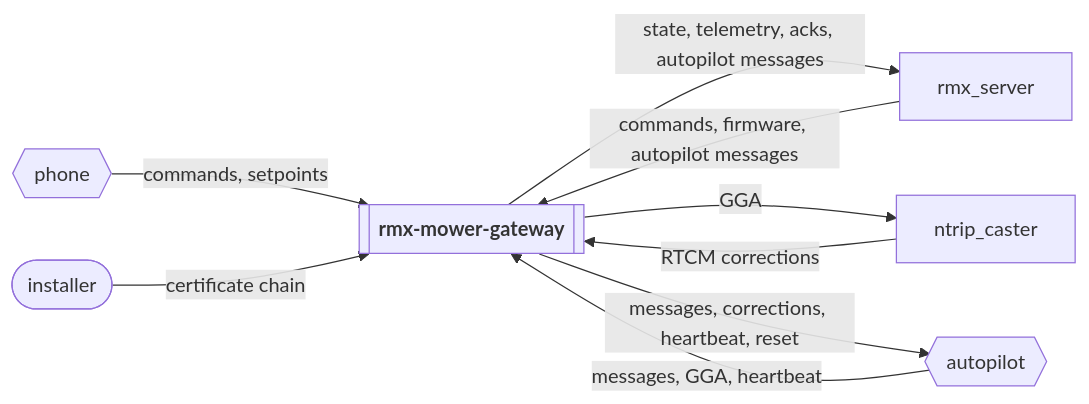
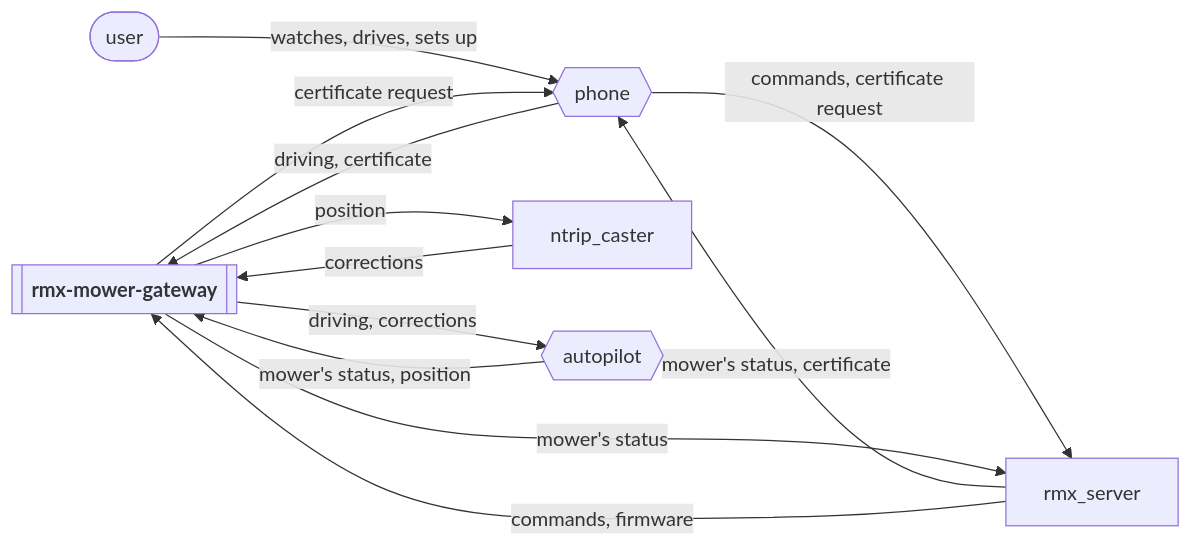
The first of 6 diagrams in .esp-architecture/diagrams/diagrams.md (rmx-lt/rmx-mower-gateway), drawn with Mermaid before and after one commit. The commit also changed other lines of this file and 4 other files, not shown here.

First line of the commit message:
Let a phone provision the mower; context shows the customer's view (#127)

````diff
--- a/.esp-architecture/diagrams/diagrams.md
+++ b/.esp-architecture/diagrams/diagrams.md
@@ -7,17 +7,20 @@
 ```mermaid
 flowchart LR
   n_system[["<b>rmx-mower-gateway</b>"]]
+  n_user(["user"])
+  n_phone{{"phone"}}
   n_rmx_server["rmx_server"]
   n_ntrip_caster["ntrip_caster"]
   n_autopilot{{"autopilot"}}
-  n_phone{{"phone"}}
-  n_installer(["installer"])
-  n_system -->|"state, telemetry, acks, autopilot messages"| n_rmx_server
-  n_rmx_server -->|"commands, firmware, autopilot messages"| n_system
-  n_system -->|"GGA"| n_ntrip_caster
-  n_ntrip_caster -->|"RTCM corrections"| n_system
-  n_autopilot -->|"messages, GGA, heartbeat"| n_system
-  n_system -->|"messages, corrections, heartbeat, reset"| n_autopilot
-  n_phone -->|"commands, setpoints"| n_system
-  n_installer -->|"certificate chain"| n_system
+  n_user -->|"watches, drives, sets up"| n_phone
+  n_phone -->|"commands, certificate request"| n_rmx_server
+  n_rmx_server -->|"mower's status, certificate"| n_phone
+  n_phone -->|"driving, certificate"| n_system
+  n_system -->|"certificate request"| n_phone
+  n_system -->|"mower's status"| n_rmx_server
+  n_rmx_server -->|"commands, firmware"| n_system
+  n_system -->|"position"| n_ntrip_caster
+  n_ntrip_caster -->|"corrections"| n_system
+  n_system -->|"driving, corrections"| n_autopilot
+  n_autopilot -->|"mower's status, position"| n_system
 ```
````
